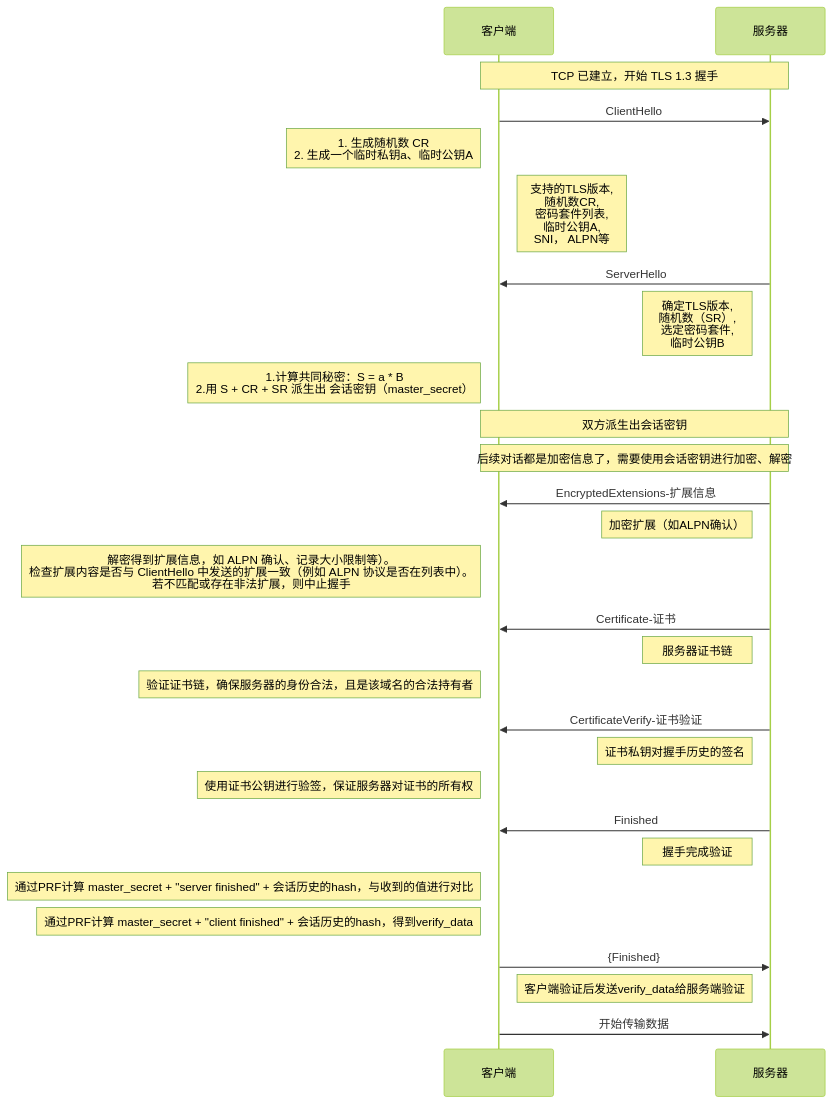
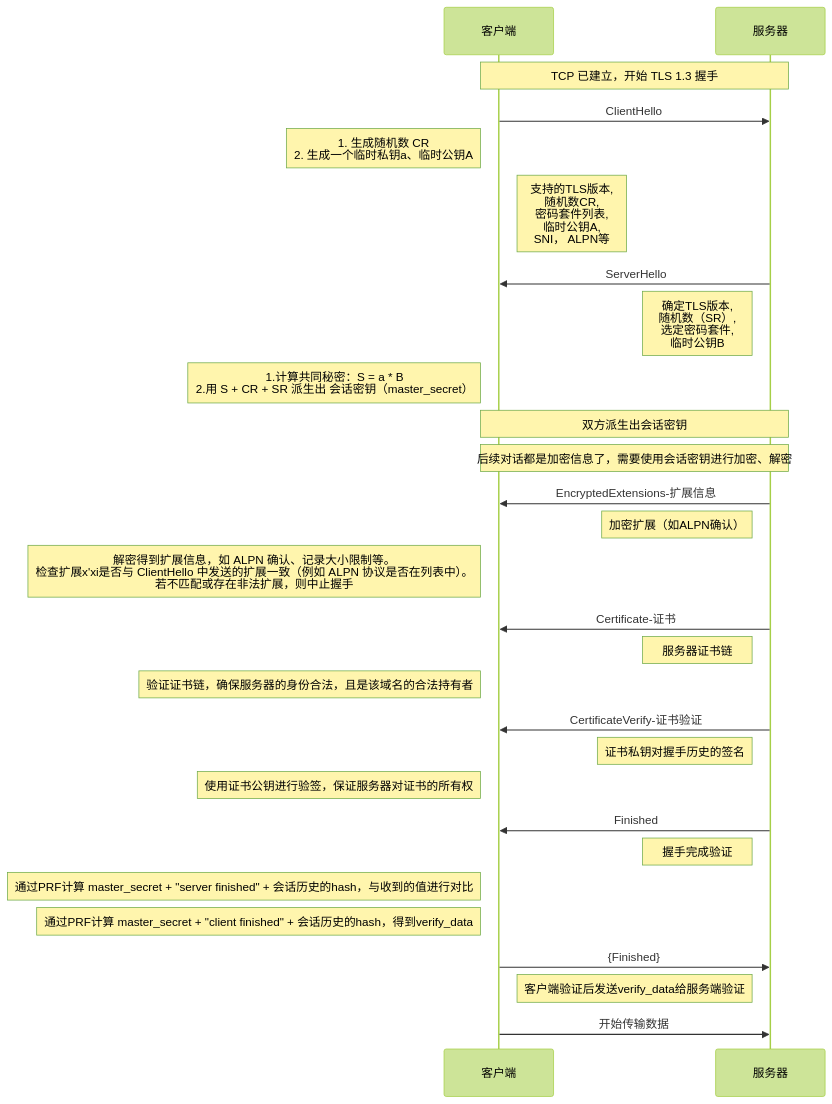
Before and after one commit to HY-10-8/iodraw-files: the diagram in all/TLS-1.3-通用.md, drawn with Mermaid (forest theme).

Commit message:
2026-03-31 11:10:16 update

````diff
--- a/all/TLS-1.3-通用.md
+++ b/all/TLS-1.3-通用.md
@@ -1,40 +1,40 @@
 ```mermaid
 sequenceDiagram
     participant C as 客户端
     participant S as 服务器
 
     Note over C,S: TCP 已建立，开始 TLS 1.3 握手
 
     C->>S: ClientHello
     Note left of C: 1. 生成随机数 CR<br/> 2. 生成一个临时私钥a、临时公钥A
     Note right of C: 支持的TLS版本,<br/> 随机数CR,<br/> 密码套件列表,<br/> 临时公钥A,<br/> SNI， ALPN等
 
     S->>C: ServerHello
     Note left of S: 确定TLS版本, <br/>随机数（SR）,<br/> 选定密码套件, <br/>临时公钥B
     Note left of C: 1.计算共同秘密：S = a * B<br/> 2.用 S + CR + SR 派生出 会话密钥（master_secret）
 
     Note over C,S: 双方派生出会话密钥
     Note over C,S: 后续对话都是加密信息了，需要使用会话密钥进行加密、解密
 
     S->>C: EncryptedExtensions-扩展信息
     Note left of S: 加密扩展（如ALPN确认）
-    Note left of C: 解密得到扩展信息，如 ALPN 确认、记录大小限制等）。<br/>检查扩展内容是否与 ClientHello 中发送的扩展一致（例如 ALPN 协议是否在列表中）。<br/> 若不匹配或存在非法扩展，则中止握手
+    Note left of C: 解密得到扩展信息，如 ALPN 确认、记录大小限制等。<br/>检查扩展x'xi是否与 ClientHello 中发送的扩展一致（例如 ALPN 协议是否在列表中）。<br/> 若不匹配或存在非法扩展，则中止握手
 
     S->>C: Certificate-证书
     Note left of S: 服务器证书链
     Note left of C: 验证证书链，确保服务器的身份合法，且是该域名的合法持有者
 
     S->>C: CertificateVerify-证书验证
     Note left of S: 证书私钥对握手历史的签名
     Note left of C: 使用证书公钥进行验签，保证服务器对证书的所有权
 
     S->>C: Finished
     Note left of S: 握手完成验证
     Note left of C: 通过PRF计算 master_secret + "server finished" + 会话历史的hash，与收到的值进行对比
     Note left of C: 通过PRF计算 master_secret + "client finished" + 会话历史的hash，得到verify_data
 
     C->>S: {Finished}
     Note right of C: 客户端验证后发送verify_data给服务端验证
 
     C->>S: 开始传输数据
 ```
````
